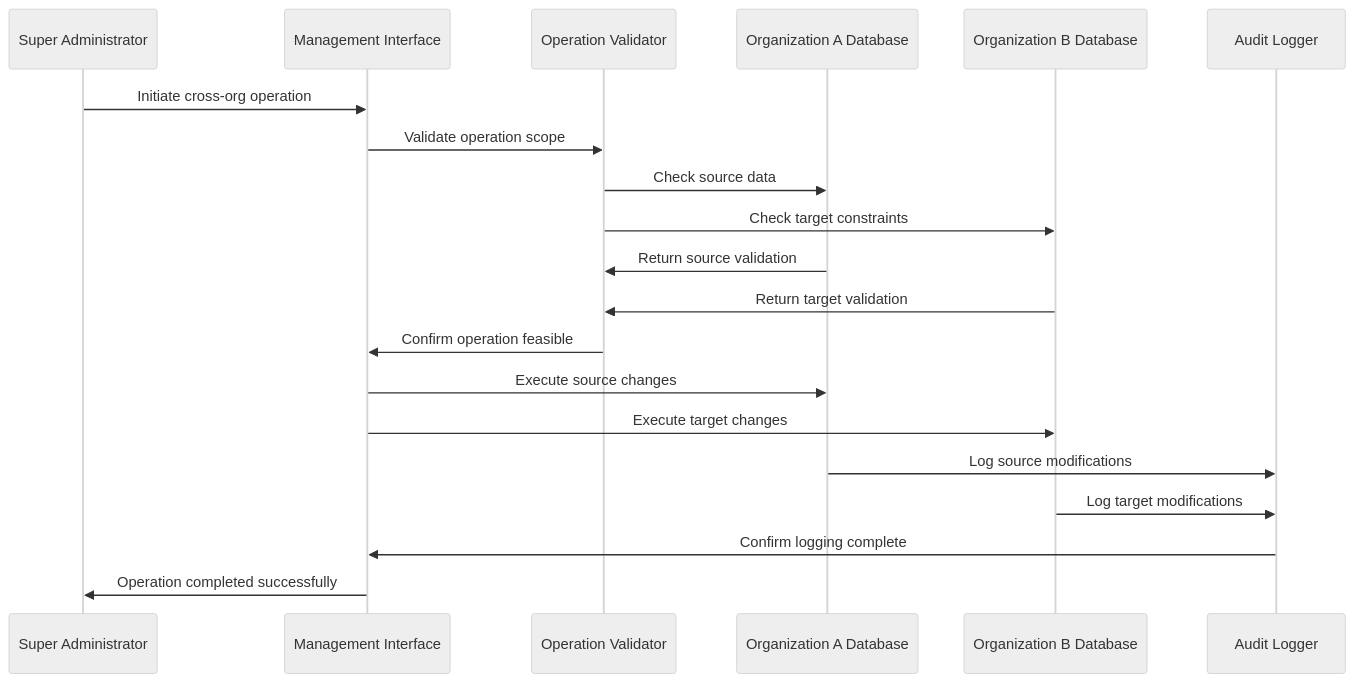
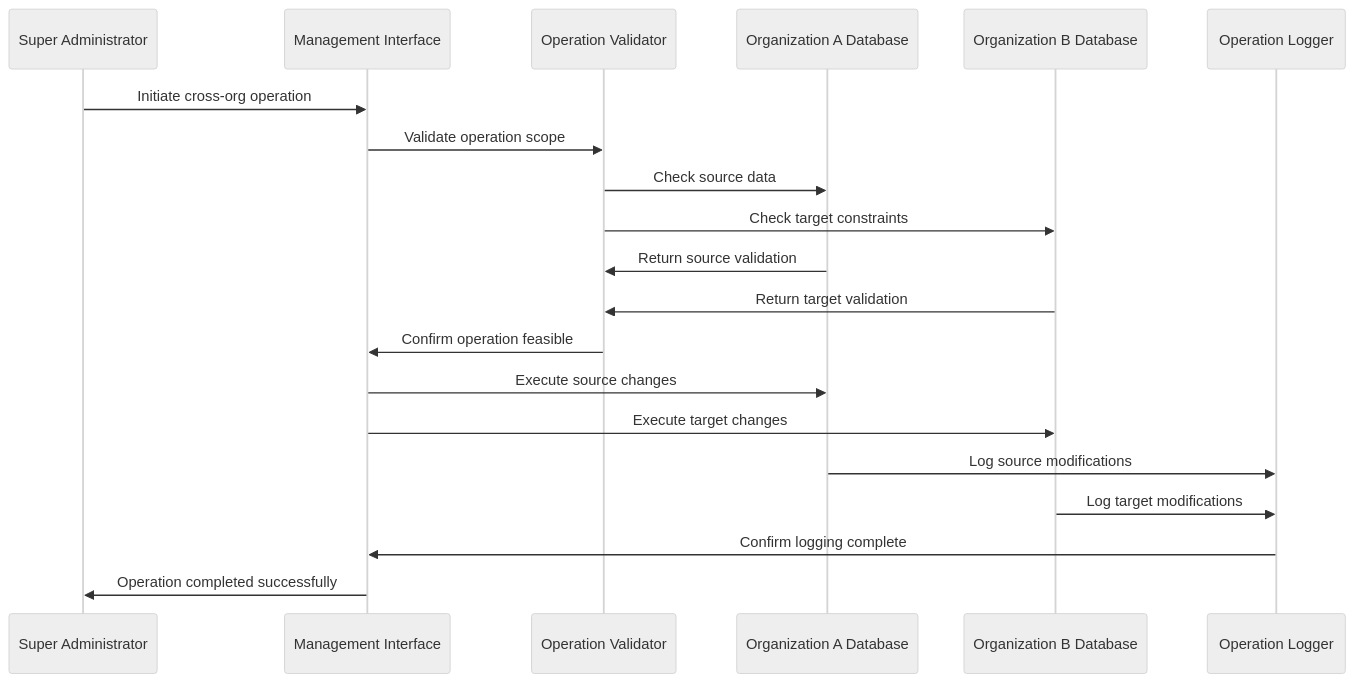
Before and after one commit to pzcuongnextchain/ai-smartlearn2-docs: the fifth of 23 diagrams in ai-smart-learning-renewal/super-admin/global-data-management/flows-and-diagrams.md, drawn with Mermaid (neutral theme). The commit also changed other lines of this file and 4 other files, not shown here.

````diff
--- a/ai-smart-learning-renewal/super-admin/global-data-management/flows-and-diagrams.md
+++ b/ai-smart-learning-renewal/super-admin/global-data-management/flows-and-diagrams.md
@@ -133,26 +129,26 @@
 ```mermaid
 sequenceDiagram
     participant SA as Super Administrator
     participant UI as Management Interface
     participant Validator as Operation Validator
     participant OrgA as Organization A Database
     participant OrgB as Organization B Database
-    participant Logger as Audit Logger
+    participant Logger as Operation Logger
     
     SA->>UI: Initiate cross-org operation
     UI->>Validator: Validate operation scope
     Validator->>OrgA: Check source data
     Validator->>OrgB: Check target constraints
     
     OrgA->>Validator: Return source validation
     OrgB->>Validator: Return target validation
     Validator->>UI: Confirm operation feasible
     
     UI->>OrgA: Execute source changes
     UI->>OrgB: Execute target changes
     OrgA->>Logger: Log source modifications
     OrgB->>Logger: Log target modifications
     
     Logger->>UI: Confirm logging complete
     UI->>SA: Operation completed successfully
 ```
````
